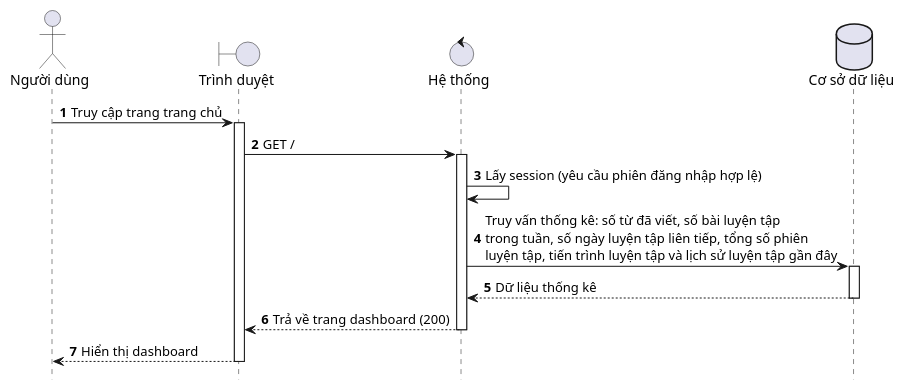
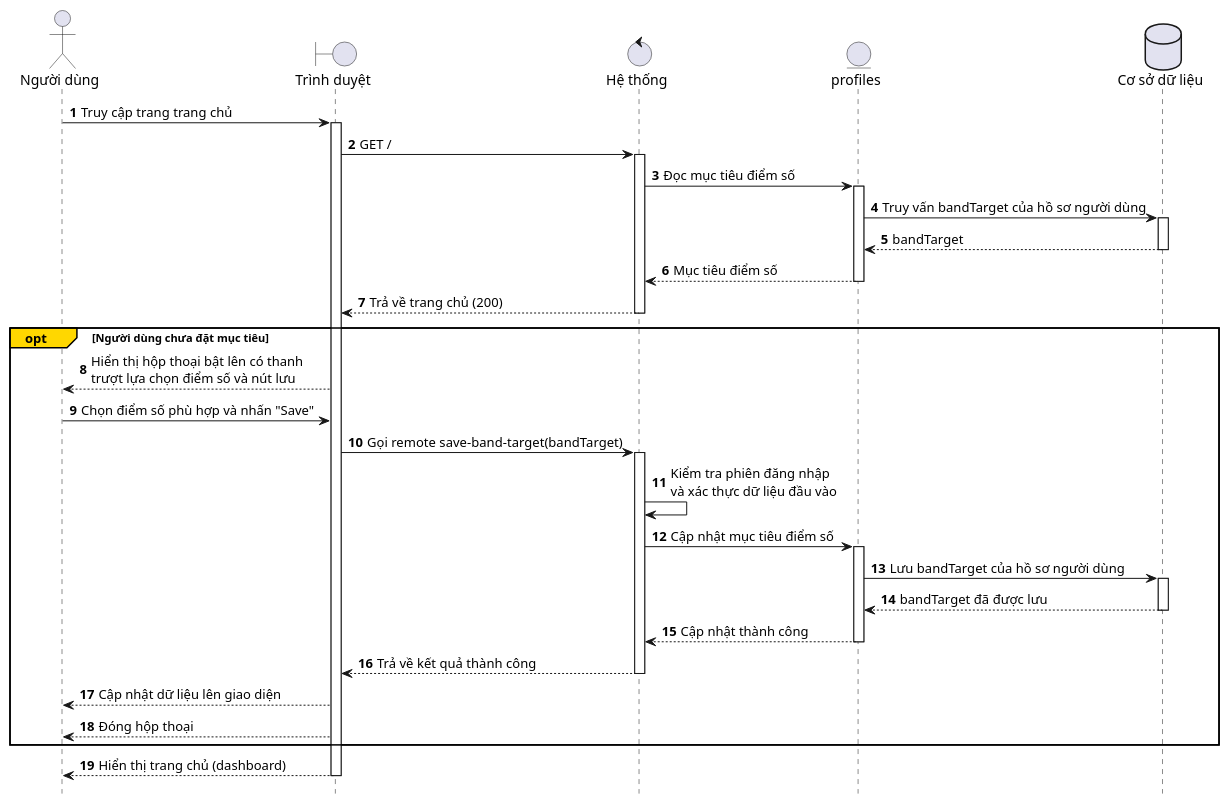
Before and after one commit to ielts-writing-org/ielts-fullstack: the diagram in docs/xem-dashboard-tong-quan.seq.puml, drawn with PlantUML. The commit also changed 28 other files, not shown here.

First line of the commit message:
docs: add comprehensive UML diagrams for practice session management

```diff
--- a/docs/xem-dashboard-tong-quan.seq.puml
+++ b/docs/xem-dashboard-tong-quan.seq.puml
@@ -1,22 +1,39 @@
 @startuml Xem Dashboard tổng quan SEQ
 
 skinparam DefaultFontName Segoe UI
 
 hide footbox
 autonumber
 
 actor "Người dùng" as User
 boundary "Trình duyệt" as Browser
 control "Hệ thống" as App
+entity "profiles" as Profiles
 database "Cơ sở dữ liệu" as DB
 
 User -> Browser++: Truy cập trang trang chủ
 Browser -> App++: GET /
-App -> App: Lấy session (yêu cầu phiên đăng nhập hợp lệ)
-App -> DB++: Truy vấn thống kê: số từ đã viết, số bài luyện tập\ntrong tuần, số ngày luyện tập liên tiếp, tổng số phiên\nluyện tập, tiến trình luyện tập và lịch sử luyện tập gần đây
-DB --> App--: Dữ liệu thống kê
-App --> Browser--: Trả về trang dashboard (200)
-Browser --> User: Hiển thị dashboard
+App -> Profiles++: Đọc mục tiêu điểm số
+Profiles -> DB++: Truy vấn bandTarget của hồ sơ người dùng
+DB --> Profiles--: bandTarget
+Profiles --> App--: Mục tiêu điểm số
+App --> Browser--: Trả về trang chủ (200)
+
+opt#Gold Người dùng chưa đặt mục tiêu
+	Browser --> User: Hiển thị hộp thoại bật lên có thanh\ntrượt lựa chọn điểm số và nút lưu
+	User -> Browser: Chọn điểm số phù hợp và nhấn "Save"
+	Browser -> App++: Gọi remote save-band-target(bandTarget)
+	App -> App: Kiểm tra phiên đăng nhập\nvà xác thực dữ liệu đầu vào
+	App -> Profiles++: Cập nhật mục tiêu điểm số
+	Profiles -> DB++: Lưu bandTarget của hồ sơ người dùng
+	DB --> Profiles--: bandTarget đã được lưu
+	Profiles --> App--: Cập nhật thành công
+	App --> Browser--: Trả về kết quả thành công
+	Browser --> User: Cập nhật dữ liệu lên giao diện
+	Browser --> User: Đóng hộp thoại
+end
+
+Browser --> User: Hiển thị trang chủ (dashboard)
 deactivate Browser
 
 @enduml
```
